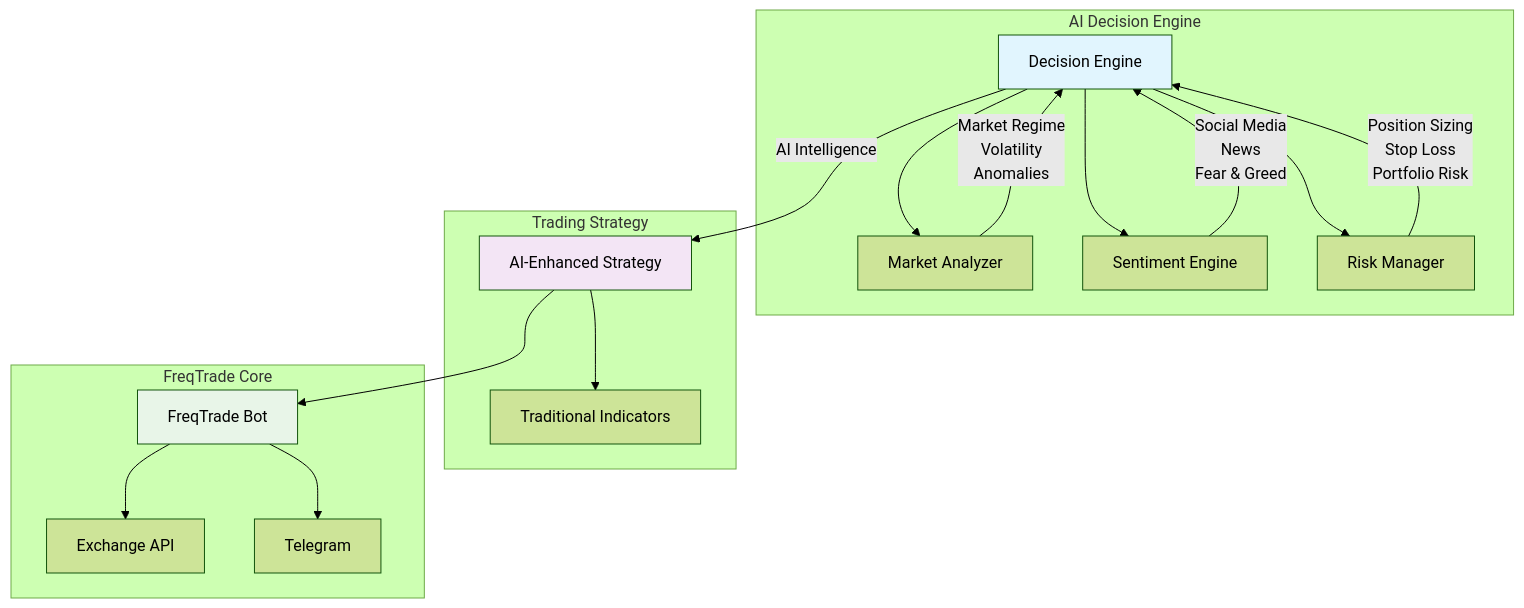
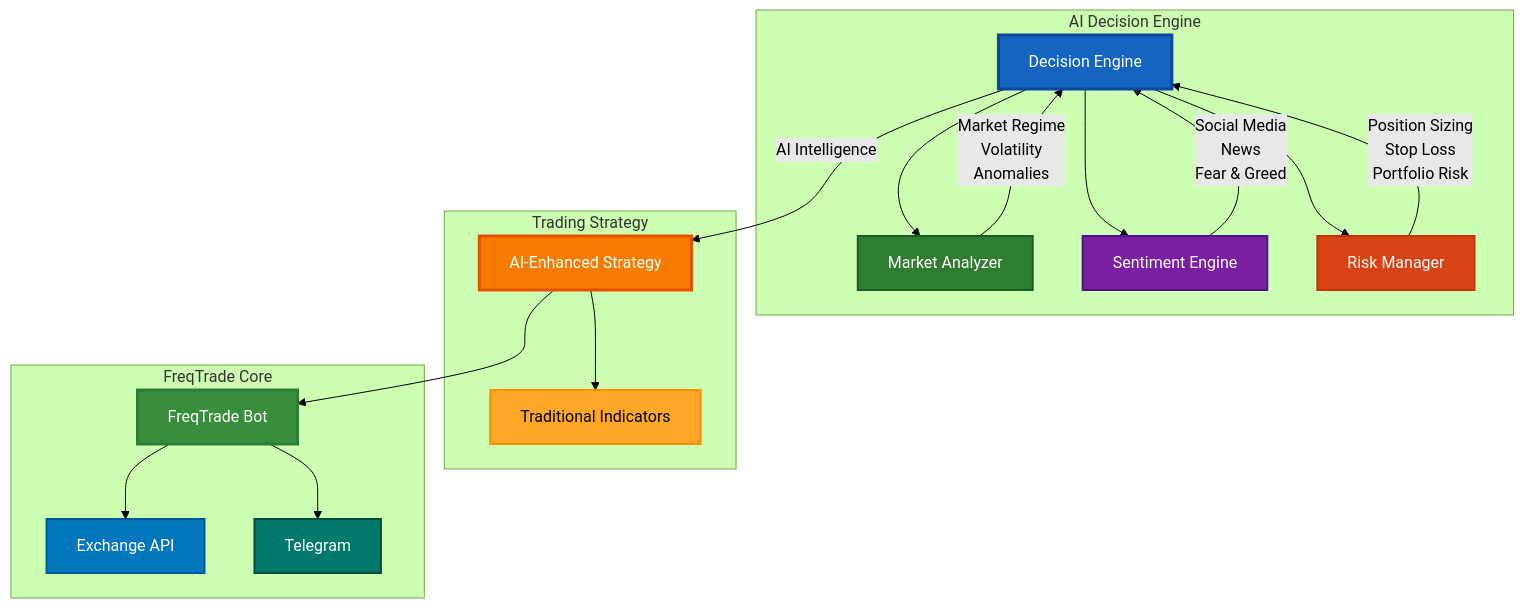
The first of 5 diagrams in AI_SYSTEM.md (solid-computing/AI-Trading), drawn with Mermaid (forest theme) before and after one commit. The commit also changed other lines of this file and 1 other file, not shown here.

Commit message:
Enhance mermaid diagrams with improved color contrast and accessibility

````diff
--- a/AI_SYSTEM.md
+++ b/AI_SYSTEM.md
@@ -13,39 +13,45 @@
 ```mermaid
 graph TB
     subgraph "AI Decision Engine"
         DE[Decision Engine]
         MA[Market Analyzer]
         SE[Sentiment Engine]
         RM[Risk Manager]
         
         DE --> MA
         DE --> SE
         DE --> RM
         
         MA --> |Market Regime<br/>Volatility<br/>Anomalies| DE
         SE --> |Social Media<br/>News<br/>Fear & Greed| DE
         RM --> |Position Sizing<br/>Stop Loss<br/>Portfolio Risk| DE
     end
     
     subgraph "Trading Strategy"
         AIS[AI-Enhanced Strategy]
         TI[Traditional Indicators]
         
         AIS --> TI
         DE --> |AI Intelligence| AIS
     end
     
     subgraph "FreqTrade Core"
         FT[FreqTrade Bot]
         EX[Exchange API]
         TG[Telegram]
         
         AIS --> FT
         FT --> EX
         FT --> TG
     end
     
-    style DE fill:#e1f5fe
-    style AIS fill:#f3e5f5
-    style FT fill:#e8f5e8
+    style DE fill:#1565C0,stroke:#0D47A1,stroke-width:3px,color:#FFFFFF
+    style MA fill:#2E7D32,stroke:#1B5E20,stroke-width:2px,color:#FFFFFF
+    style SE fill:#7B1FA2,stroke:#4A148C,stroke-width:2px,color:#FFFFFF
+    style RM fill:#D84315,stroke:#BF360C,stroke-width:2px,color:#FFFFFF
+    style AIS fill:#F57C00,stroke:#E65100,stroke-width:3px,color:#FFFFFF
+    style TI fill:#FFA726,stroke:#FF8F00,stroke-width:2px,color:#000000
+    style FT fill:#388E3C,stroke:#2E7D32,stroke-width:3px,color:#FFFFFF
+    style EX fill:#0277BD,stroke:#01579B,stroke-width:2px,color:#FFFFFF
+    style TG fill:#00796B,stroke:#004D40,stroke-width:2px,color:#FFFFFF
 ```
````
